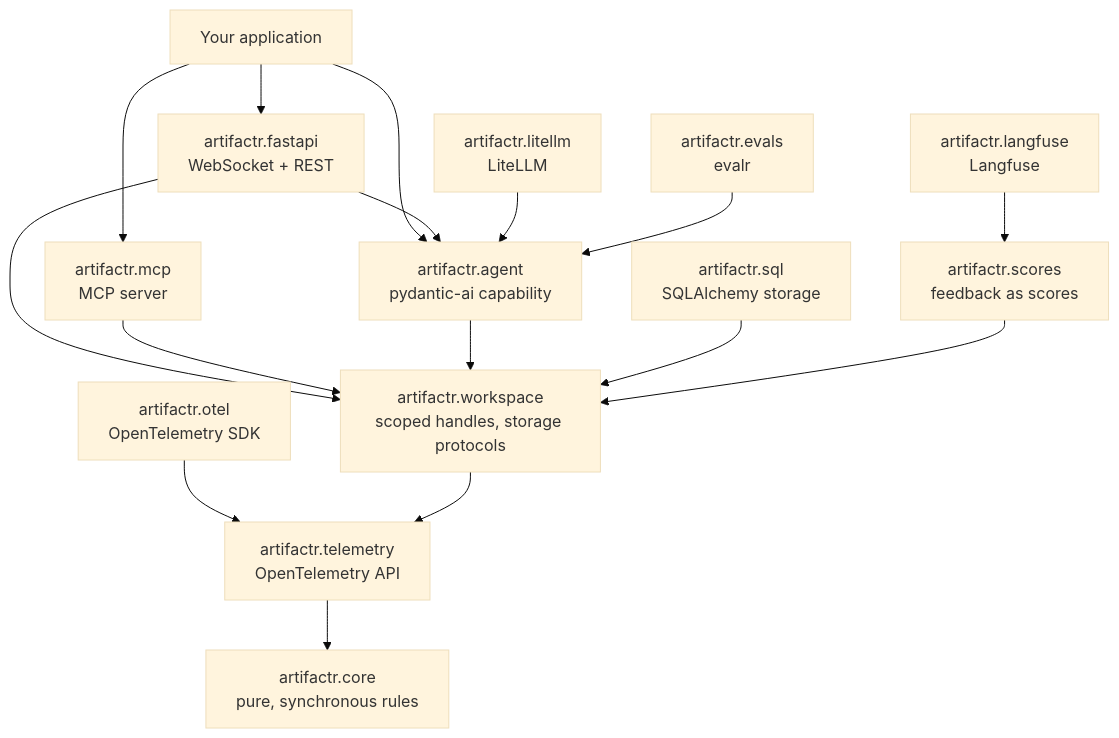
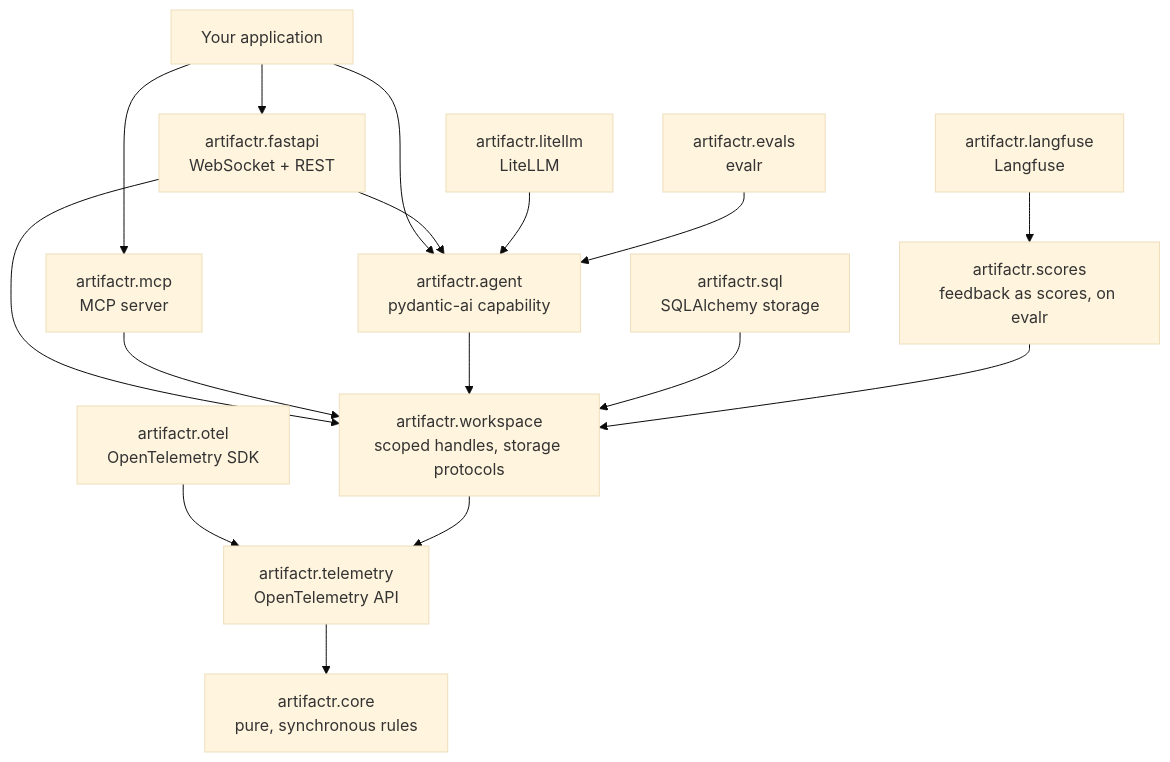
Before and after one commit to alexnodeland/artifactr: the first of 3 diagrams in docs/architecture.md, drawn with Mermaid (base theme). The commit also changed other lines of this file and 20 other files, not shown here.

First line of the commit message:
feat(scores): build the mirror on evalr's score mapping and ports (#59)

````diff
--- a/docs/architecture.md
+++ b/docs/architecture.md
@@ -56,18 +56,18 @@
 ```mermaid
 graph TD
     app["Your application"] --> fastapi["artifactr.fastapi<br/>WebSocket + REST"]
     app --> mcp["artifactr.mcp<br/>MCP server"]
     app --> agent
     fastapi --> agent["artifactr.agent<br/>pydantic-ai capability"]
     fastapi --> workspace
     mcp --> workspace
     agent --> workspace["artifactr.workspace<br/>scoped handles, storage protocols"]
     sql["artifactr.sql<br/>SQLAlchemy storage"] --> workspace
-    scores["artifactr.scores<br/>feedback as scores"] --> workspace
+    scores["artifactr.scores<br/>feedback as scores, on evalr"] --> workspace
     otel["artifactr.otel<br/>OpenTelemetry SDK"] --> telemetry
     langfuse["artifactr.langfuse<br/>Langfuse"] --> scores
     litellm["artifactr.litellm<br/>LiteLLM"] --> agent
     evals["artifactr.evals<br/>evalr"] --> agent
     workspace --> telemetry["artifactr.telemetry<br/>OpenTelemetry API"]
     telemetry --> core["artifactr.core<br/>pure, synchronous rules"]
 ```
````
